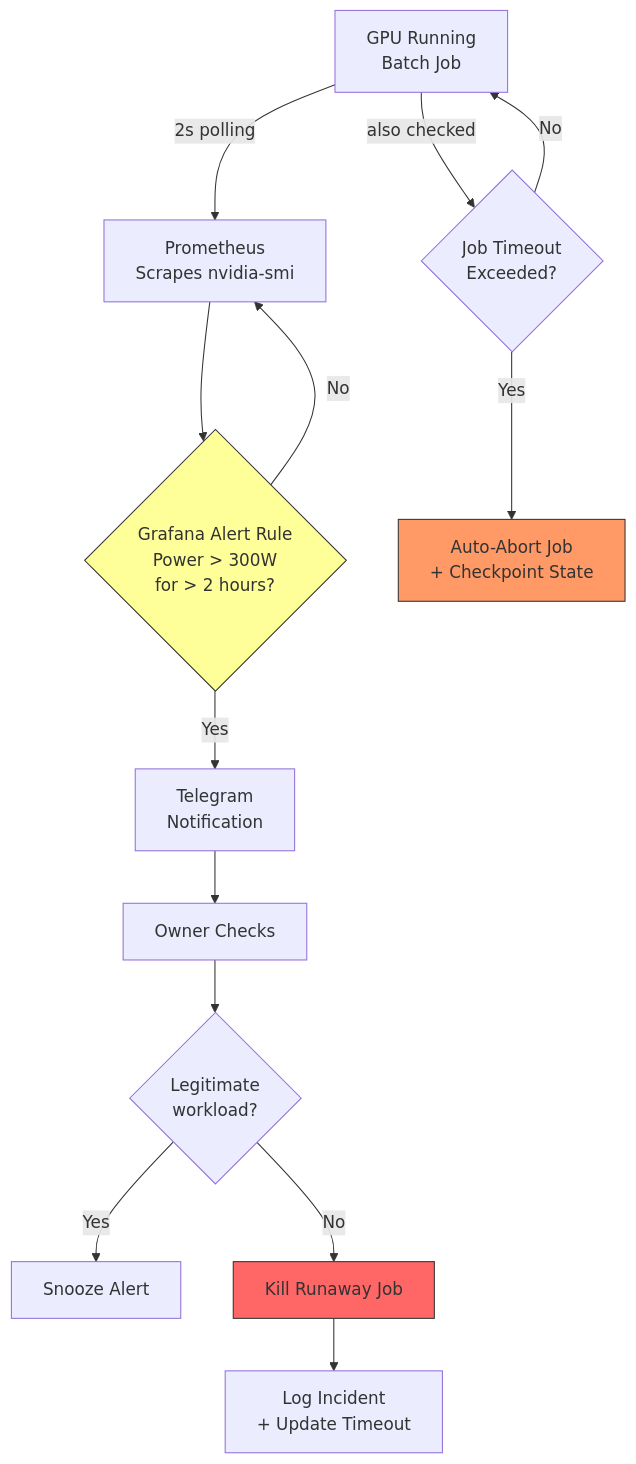
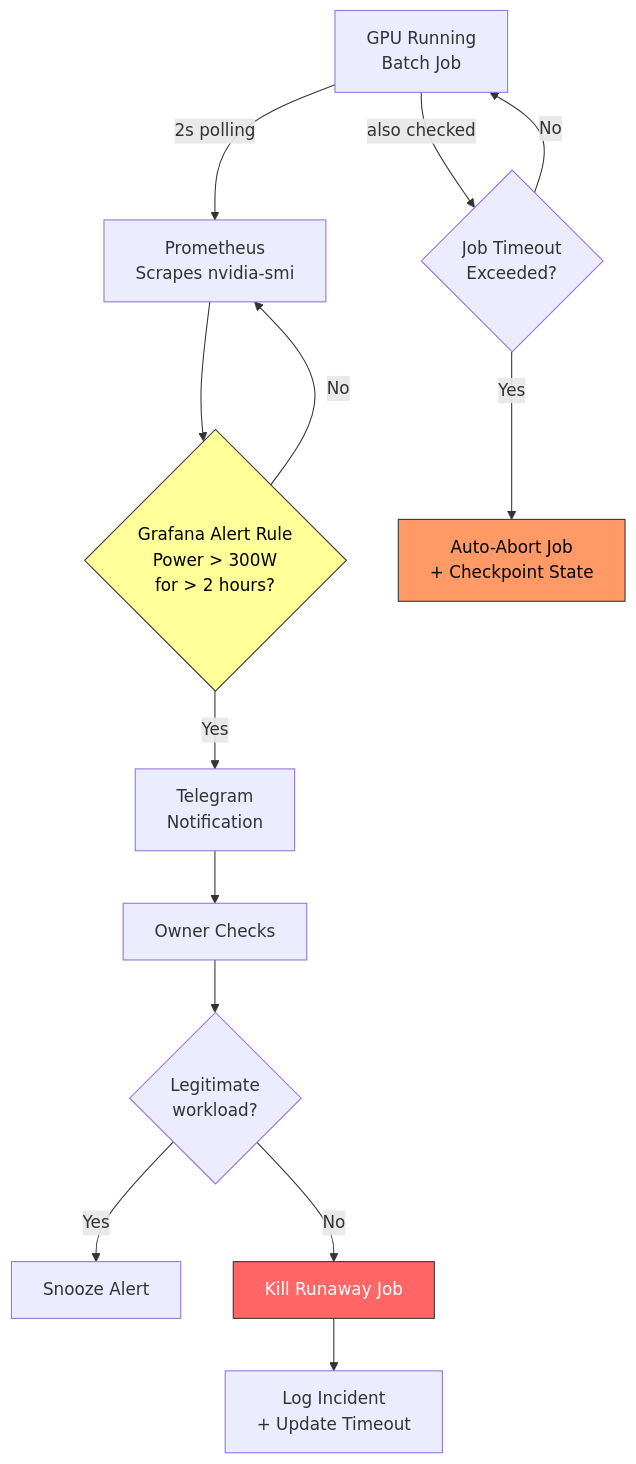
One commit to williamzujkowski/williamzujkowski.github.io changed the third of 4 diagrams in src/posts/2024-11-15-gpu-power-monitoring-homelab-ml.md. Above: the diagram before and after it, drawn with Mermaid. The commit also changed other lines of this file and 40 other files, not shown here.

First line of the commit message:
fix(blog): add explicit text color to all mermaid classDef/style (#171)

````diff
--- a/src/posts/2024-11-15-gpu-power-monitoring-homelab-ml.md
+++ b/src/posts/2024-11-15-gpu-power-monitoring-homelab-ml.md
@@ -207,20 +207,20 @@
 ```mermaid
 flowchart TD
     GPU[GPU Running<br/>Batch Job] -->|2s polling| PROM[Prometheus<br/>Scrapes nvidia-smi]
     PROM --> ALERT{Grafana Alert Rule<br/>Power > 300W<br/>for > 2 hours?}
     ALERT -->|No| PROM
     ALERT -->|Yes| NOTIFY[Telegram<br/>Notification]
     NOTIFY --> ME[Owner Checks]
     ME --> DECIDE{Legitimate<br/>workload?}
     DECIDE -->|Yes| SNOOZE[Snooze Alert]
     DECIDE -->|No| KILL[Kill Runaway Job]
     KILL --> LOG[Log Incident<br/>+ Update Timeout]
 
     GPU -->|also checked| TIMEOUT{Job Timeout<br/>Exceeded?}
     TIMEOUT -->|Yes| ABORT[Auto-Abort Job<br/>+ Checkpoint State]
     TIMEOUT -->|No| GPU
 
-    style ALERT fill:#ff9,stroke:#333
-    style KILL fill:#f66,stroke:#333
-    style ABORT fill:#f96,stroke:#333
+    style ALERT fill:#ff9,color:#000,stroke:#333
+    style KILL fill:#f66,color:#fff,stroke:#333
+    style ABORT fill:#f96,color:#000,stroke:#333
 ```
````
